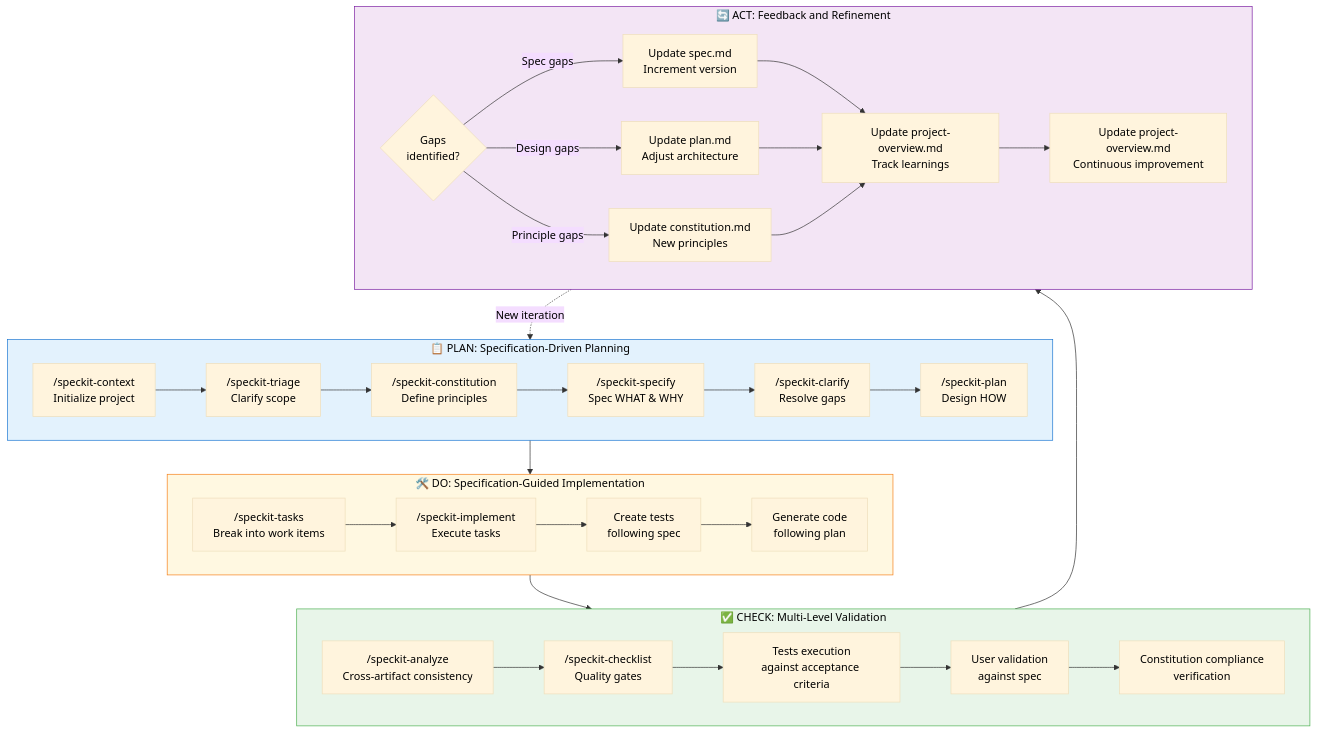
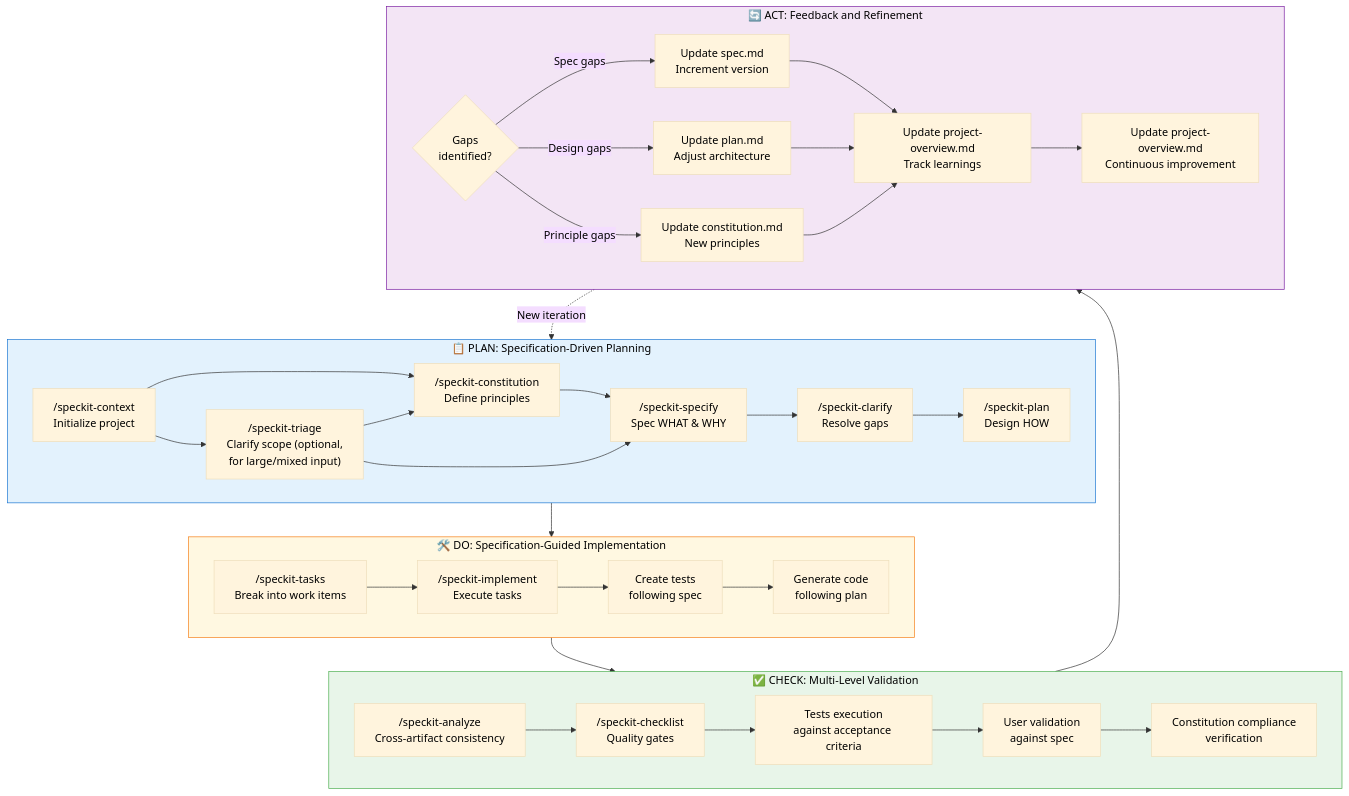
The second of 8 diagrams in .specify/docs/sdp-pdca.md (Trindade11/Spec-Orchestrator), drawn with Mermaid before and after one commit. The commit also changed other lines of this file and 36 other files, not shown here.

````diff
--- a/.specify/docs/sdp-pdca.md
+++ b/.specify/docs/sdp-pdca.md
@@ -47,60 +47,66 @@
 ```mermaid
 %%{init: {'theme': 'base', 'themeVariables': { 'primaryTextColor': '#000', 'secondaryTextColor': '#000', 'tertiaryTextColor': '#000', 'lineColor': '#333'}}}%%
 flowchart TD
     subgraph PLAN["📋 PLAN: Specification-Driven Planning"]
         P1["/speckit-context<br/>Initialize project"]
-        P2["/speckit-triage<br/>Clarify scope"]
+        P2["/speckit-triage<br/>Clarify scope (optional,<br/>for large/mixed input)"]
         P3["/speckit-constitution<br/>Define principles"]
         P4["/speckit-specify<br/>Spec WHAT & WHY"]
         P5["/speckit-clarify<br/>Resolve gaps"]
         P6["/speckit-plan<br/>Design HOW"]
         
-        P1 --> P2 --> P3 --> P4 --> P5 --> P6
+        %% Default conversational path
+        P1 --> P3 --> P4 --> P5 --> P6
+
+        %% Optional triage support when input is large/mixed
+        P1 --> P2
+        P2 --> P3
+        P2 --> P4
     end
     
     subgraph DO["🛠️ DO: Specification-Guided Implementation"]
         D1["/speckit-tasks<br/>Break into work items"]
         D2["/speckit-implement<br/>Execute tasks"]
         D3["Create tests<br/>following spec"]
         D4["Generate code<br/>following plan"]
         
         D1 --> D2 --> D3 --> D4
     end
     
     subgraph CHECK["✅ CHECK: Multi-Level Validation"]
         C1["/speckit-analyze<br/>Cross-artifact consistency"]
         C2["/speckit-checklist<br/>Quality gates"]
         C3["Tests execution<br/>against acceptance criteria"]
         C4["User validation<br/>against spec"]
         C5["Constitution compliance<br/>verification"]
         
         C1 --> C2 --> C3 --> C4 --> C5
     end
     
     subgraph ACT["🔄 ACT: Feedback and Refinement"]
         A1{"Gaps<br/>identified?"}
         A2["Update spec.md<br/>Increment version"]
         A3["Update plan.md<br/>Adjust architecture"]
         A4["Update constitution.md<br/>New principles"]
         A5["Update project-overview.md<br/>Track learnings"]
         A6["Update project-overview.md<br/>Continuous improvement"]
         
         A1 -->|Spec gaps| A2
         A1 -->|Design gaps| A3
         A1 -->|Principle gaps| A4
         A2 --> A5
         A3 --> A5
         A4 --> A5
         A5 --> A6
     end
     
     PLAN --> DO
     DO --> CHECK
     CHECK --> ACT
     ACT -.->|New iteration| PLAN
     
     style PLAN fill:#e3f2fd,stroke:#1976d2,color:#000
     style DO fill:#fff8e1,stroke:#f57f17,color:#000
     style CHECK fill:#e8f5e9,stroke:#4caf50,color:#000
     style ACT fill:#f3e5f5,stroke:#7b1fa2,color:#000
 ```
````
